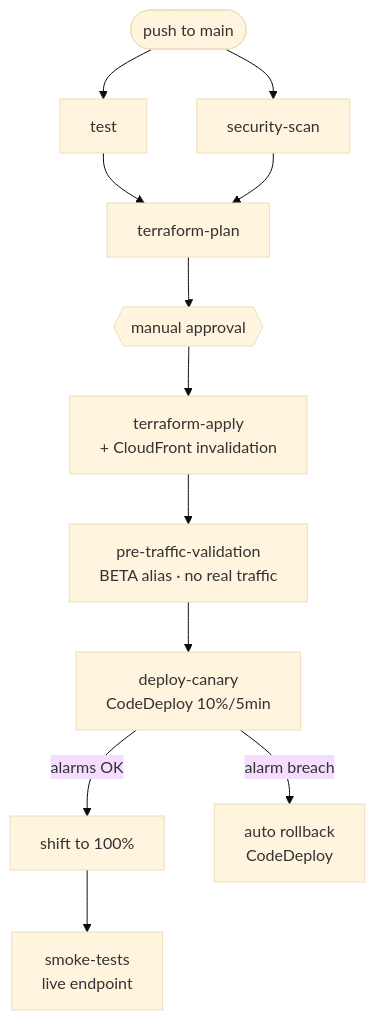
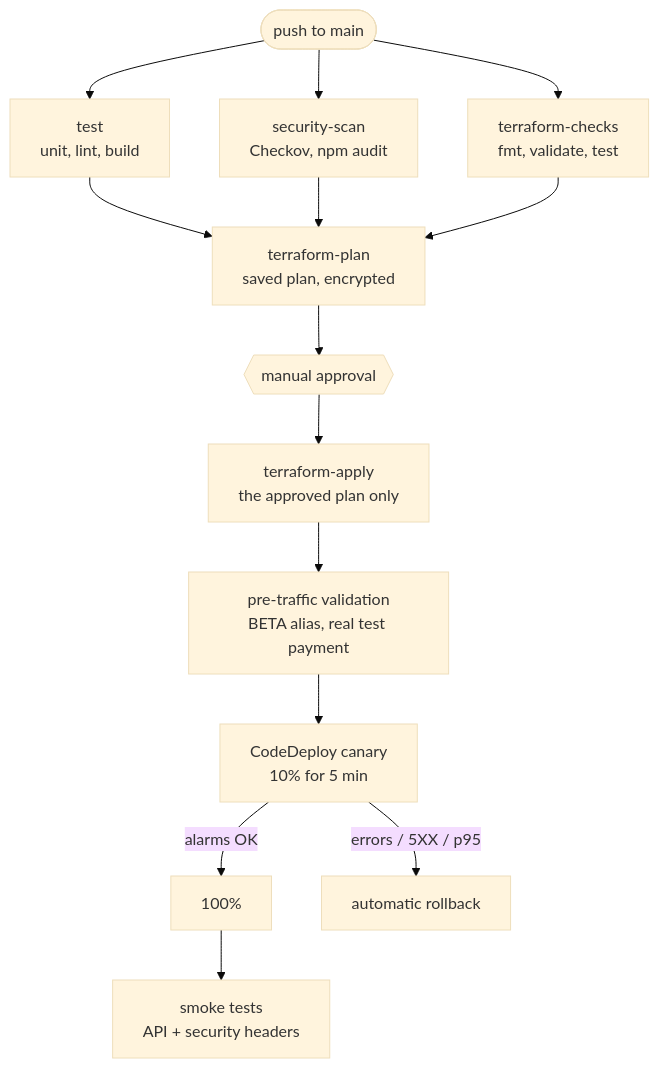
The third of 3 diagrams in README.md (4Min4m/TransactionSimulator), drawn with Mermaid (base theme) before and after one commit. The commit also changed other lines of this file, not shown here.

First line of the commit message:
Revise README for payment transaction simulator

````diff
--- a/README.md
+++ b/README.md
@@ -225,14 +299,14 @@
 ```mermaid
 flowchart TD
-    P([push to main]) --> T[test]
-    P --> S[security-scan]
-    T --> PLAN[terraform-plan]
-    S --> PLAN
+    P([push to main]) --> T[test<br/>unit, lint, build]
+    P --> S[security-scan<br/>Checkov, npm audit]
+    P --> I[terraform-checks<br/>fmt, validate, test]
+    T & S & I --> PLAN[terraform-plan<br/>saved plan, encrypted]
     PLAN --> APP{{manual approval}}
-    APP --> APPLY[terraform-apply<br/>+ CloudFront invalidation]
-    APPLY --> PRE[pre-traffic-validation<br/>BETA alias · no real traffic]
-    PRE --> CD[deploy-canary<br/>CodeDeploy 10%/5min]
-    CD -->|alarms OK| PROM[shift to 100%]
-    CD -->|alarm breach| RB[auto rollback<br/>CodeDeploy]
-    PROM --> SMOKE[smoke-tests<br/>live endpoint]
+    APP --> APPLY[terraform-apply<br/>the approved plan only]
+    APPLY --> PRE[pre-traffic validation<br/>BETA alias, real test payment]
+    PRE --> CD[CodeDeploy canary<br/>10% for 5 min]
+    CD -->|alarms OK| PROM[100%]
+    CD -->|errors / 5XX / p95| RB[automatic rollback]
+    PROM --> SMOKE[smoke tests<br/>API + security headers]
 ```
````
